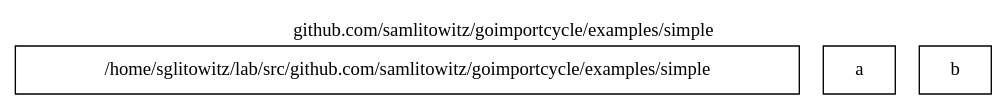
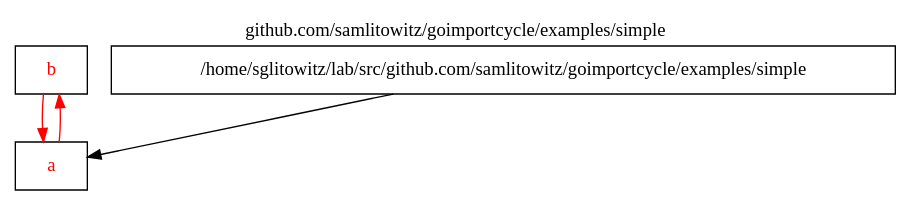
One commit to samlitowitz/goimportcycle changed the diagram in assets/examples/simple/package.dot. Above: the diagram before and after it, drawn with Graphviz. The commit also changed 42 other files, not shown here.

```diff
--- a/assets/examples/simple/package.dot
+++ b/assets/examples/simple/package.dot
@@ -1,11 +1,14 @@
 
 digraph {
 	labelloc="t";
 	label="github.com/samlitowitz/goimportcycle/examples/simple";
 	rankdir="TB";
 	node [shape="rect"];
 
+	pkg_b [label="b", style="filled", fontcolor="#ff0000", fillcolor="#ffffff"];
 	pkg_main [label="/home/sglitowitz/lab/src/github.com/samlitowitz/goimportcycle/examples/simple", style="filled", fontcolor="#000000", fillcolor="#ffffff"];
-	pkg_a [label="a", style="filled", fontcolor="#000000", fillcolor="#ffffff"];
-	pkg_b [label="b", style="filled", fontcolor="#000000", fillcolor="#ffffff"];
+	pkg_a [label="a", style="filled", fontcolor="#ff0000", fillcolor="#ffffff"];
+	pkg_b -> pkg_a [color="#ff0000"];
+	pkg_main -> pkg_a [color="#000000"];
+	pkg_a -> pkg_b [color="#ff0000"];
 }
```
